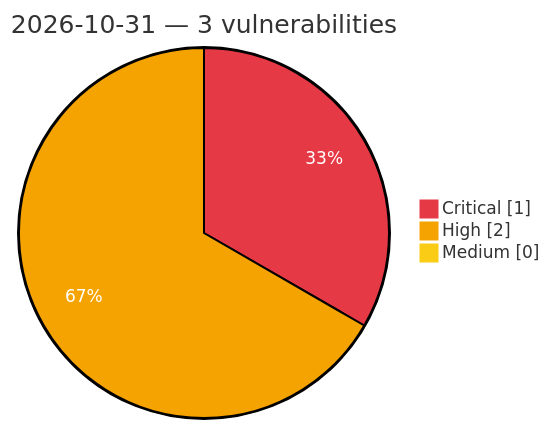
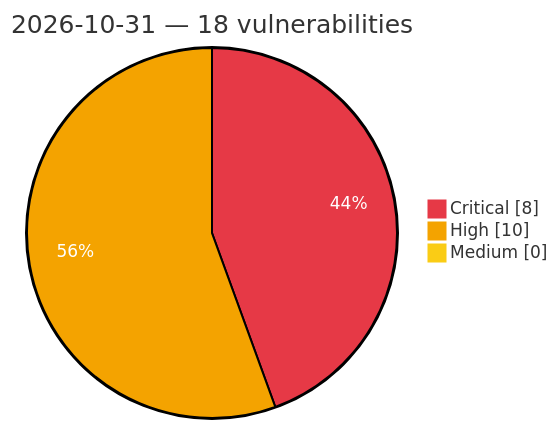
Before and after one commit to GhostX0X/vuln-tracker: the diagram in vulnerabilities/2026/October/2026-10-31.md, drawn with Mermaid. The commit also changed other lines of this file and 5 other files, not shown here.

Commit message:
Auto update: critical/high vulns (2026-10-31 14:45 UTC)

````diff
--- a/vulnerabilities/2026/October/2026-10-31.md
+++ b/vulnerabilities/2026/October/2026-10-31.md
@@ -3,8 +3,8 @@
 ```mermaid
 %%{init: {'theme':'base', 'themeVariables': {'pie1':'#e63946', 'pie2':'#f4a300', 'pie3':'#facc15', 'pieOpacity':'1', 'pieOuterStrokeWidth':'2px', 'pieSectionTextColor':'#ffffff'}}}%%
 pie showData
-    title 2026-10-31 — 3 vulnerabilities
-    "Critical" : 1
-    "High" : 2
+    title 2026-10-31 — 18 vulnerabilities
+    "Critical" : 8
+    "High" : 10
     "Medium" : 0
 ```
````
